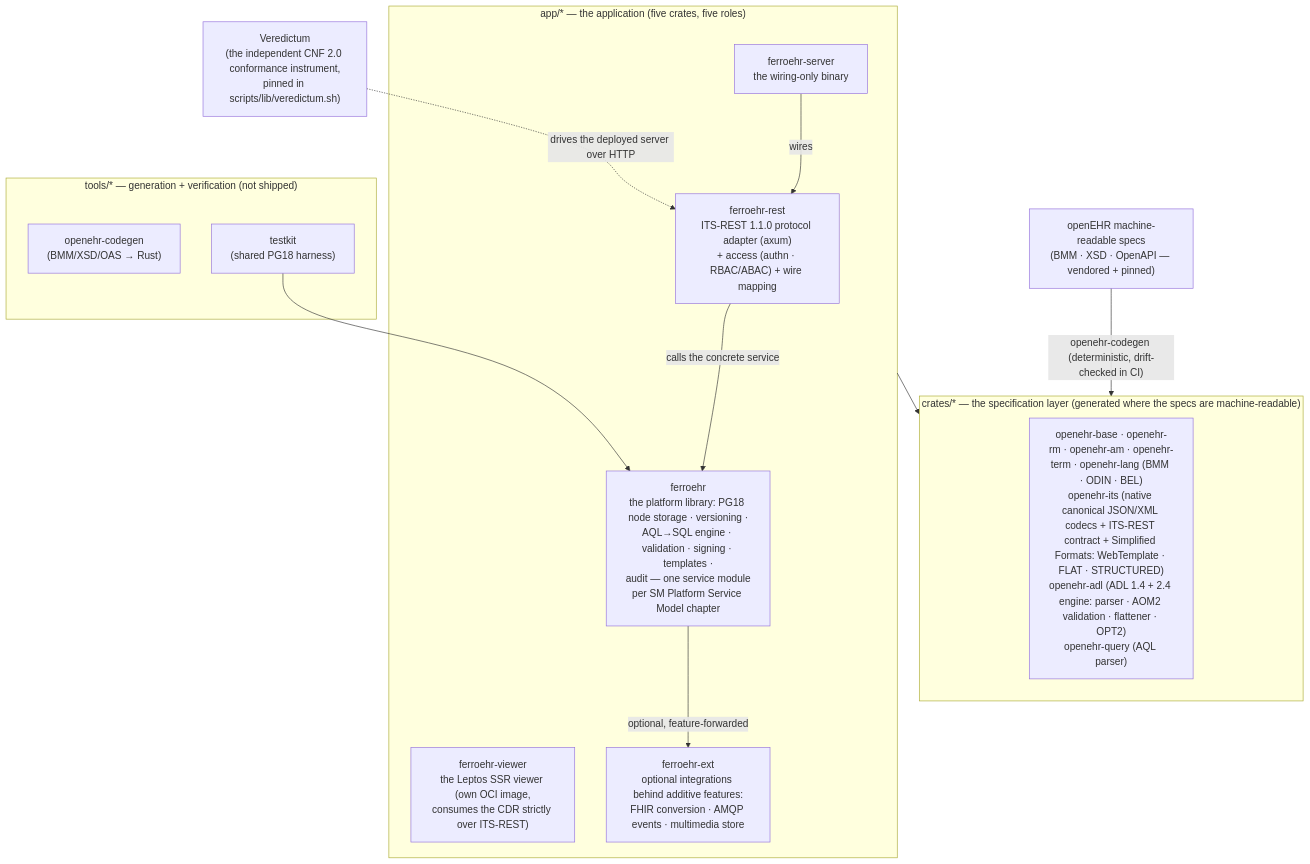
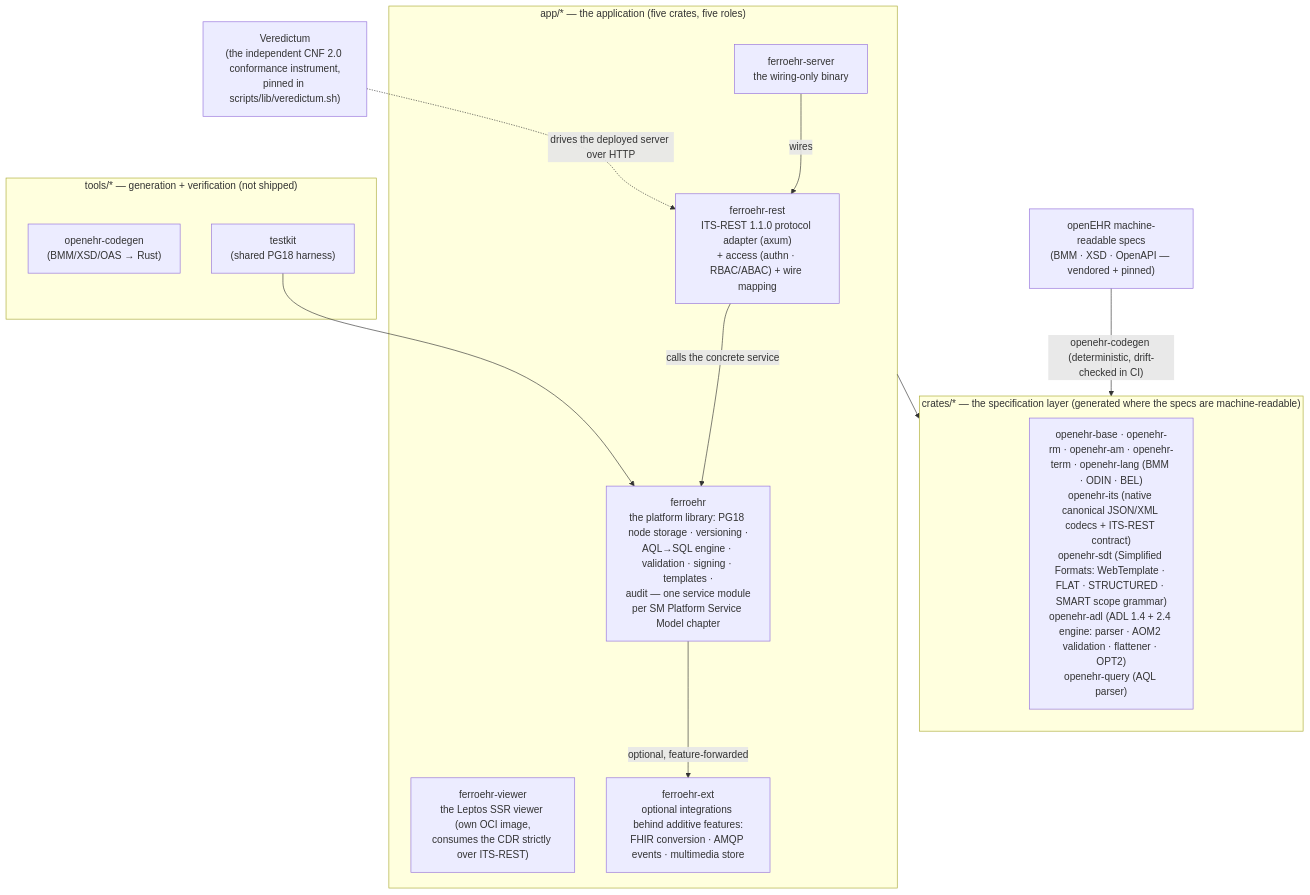
The diagram in README.md (rubentalstra/FerroEHR), drawn with Mermaid before and after one commit. The commit also changed other lines of this file and 356 other files, not shown here.

First line of the commit message:
chore(crates): split openehr-its into the Apache-2.0 ITS wire crate and the BUSL-1.1 openehr-sdt engine crate (#3483)

````diff
--- a/README.md
+++ b/README.md
@@ -395,31 +396,31 @@
 ```mermaid
 flowchart TB
     specs["openEHR machine-readable specs<br/>(BMM · XSD · OpenAPI — vendored + pinned)"]
 
     subgraph crates ["crates/* — the specification layer (generated where the specs are machine-readable)"]
-        openehr["openehr-base · openehr-rm · openehr-am · openehr-term · openehr-lang (BMM · ODIN · BEL)<br/>openehr-its (native canonical JSON/XML codecs + ITS-REST contract + Simplified Formats: WebTemplate · FLAT · STRUCTURED)<br/>openehr-adl (ADL 1.4 + 2.4 engine: parser · AOM2 validation · flattener · OPT2)<br/>openehr-query (AQL parser)"]
+        openehr["openehr-base · openehr-rm · openehr-am · openehr-term · openehr-lang (BMM · ODIN · BEL)<br/>openehr-its (native canonical JSON/XML codecs + ITS-REST contract)<br/>openehr-sdt (Simplified Formats: WebTemplate · FLAT · STRUCTURED · SMART scope grammar)<br/>openehr-adl (ADL 1.4 + 2.4 engine: parser · AOM2 validation · flattener · OPT2)<br/>openehr-query (AQL parser)"]
     end
 
     subgraph app ["app/* — the application (five crates, five roles)"]
         rest["ferroehr-rest<br/>ITS-REST 1.1.0 protocol adapter (axum)<br/>+ access (authn · RBAC/ABAC) + wire mapping"]
         core["ferroehr<br/>the platform library: PG18 node storage · versioning ·<br/>AQL→SQL engine · validation · signing · templates ·<br/>audit — one service module<br/>per SM Platform Service Model chapter"]
         bin["ferroehr-server<br/>the wiring-only binary"]
         viewer["ferroehr-viewer<br/>the Leptos SSR viewer (own OCI image,<br/>consumes the CDR strictly over ITS-REST)"]
         ext["ferroehr-ext<br/>optional integrations behind additive features:<br/>FHIR conversion · AMQP events · multimedia store"]
     end
 
     subgraph tools ["tools/* — generation + verification (not shipped)"]
         codegen["openehr-codegen<br/>(BMM/XSD/OAS → Rust)"]
         testkit["testkit<br/>(shared PG18 harness)"]
     end
 
     conf["Veredictum<br/>(the independent CNF 2.0 conformance instrument,<br/>pinned in scripts/lib/veredictum.sh)"]
 
     specs -- "openehr-codegen (deterministic, drift-checked in CI)" --> crates
     bin -- "wires" --> rest
     rest -- "calls the concrete service" --> core
     core -- "optional, feature-forwarded" --> ext
     app --> crates
     conf -. "drives the deployed server over HTTP" .-> rest
     testkit --> core
 ```
````
